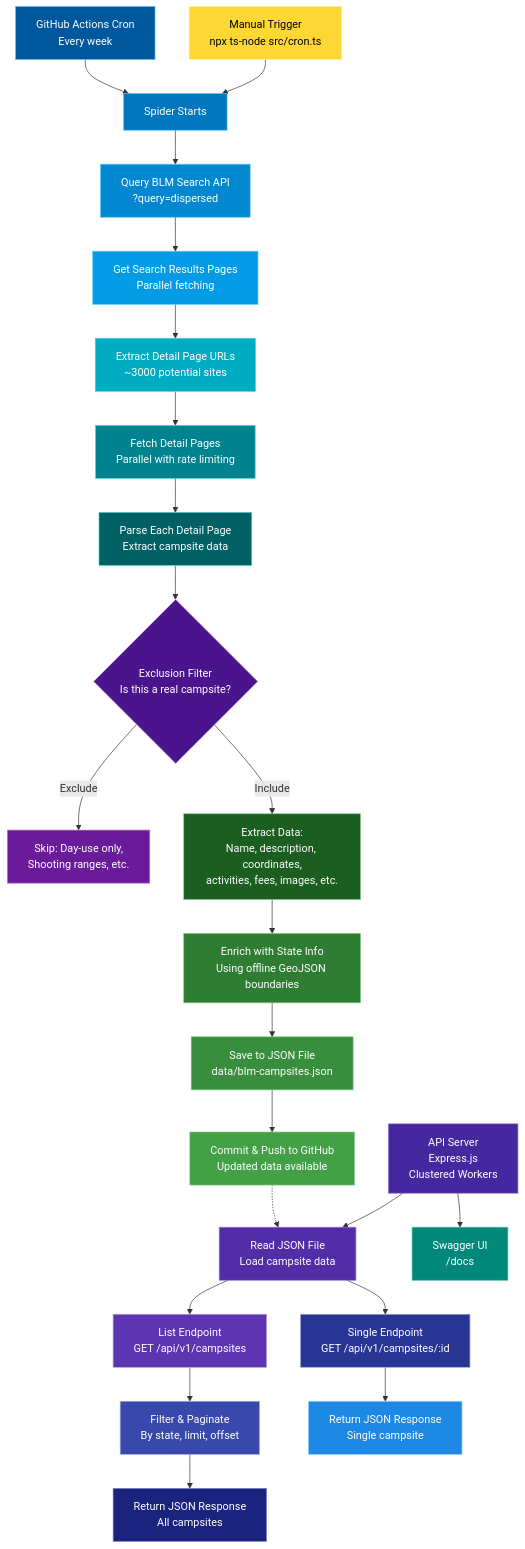
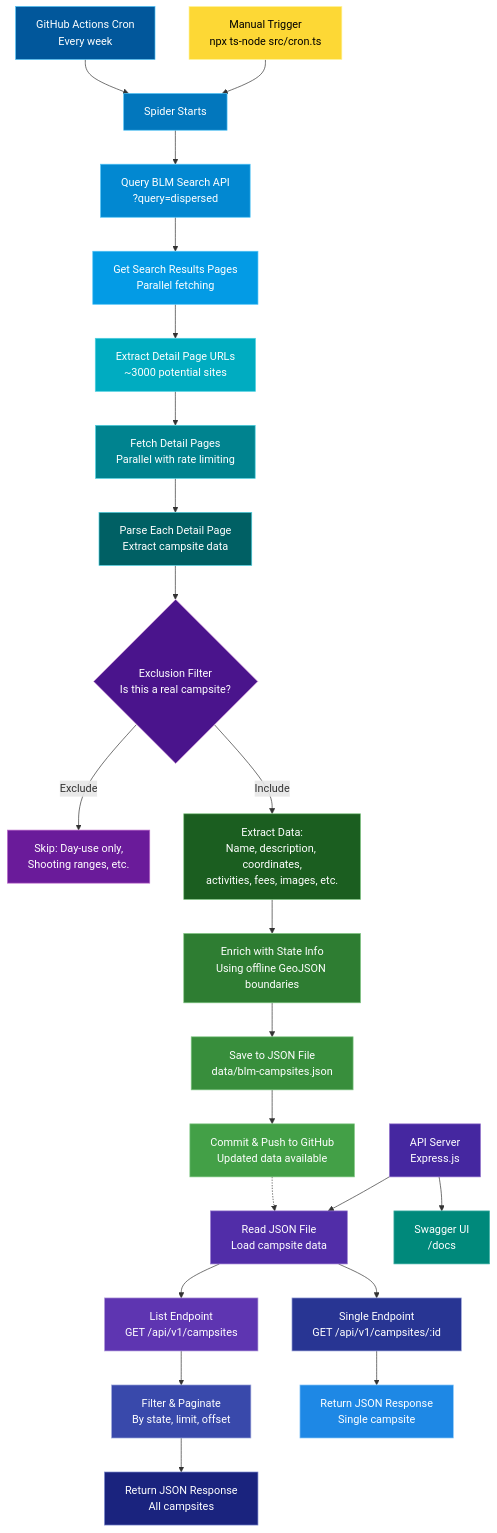
The diagram in README.md (baileydunning/blm-spider), drawn with Mermaid before and after one commit. The commit also changed other lines of this file and 3 other files, not shown here.

````diff
--- a/README.md
+++ b/README.md
@@ -45,52 +41,52 @@
 ```mermaid
 graph TB
     A[GitHub Actions Cron<br/>Every week] --> B[Spider Starts]
     B --> C[Query BLM Search API<br/>?query=dispersed]
     C --> D[Get Search Results Pages<br/>Parallel fetching]
     D --> E[Extract Detail Page URLs<br/>~3000 potential sites]
     E --> F[Fetch Detail Pages<br/>Parallel with rate limiting]
     F --> G[Parse Each Detail Page<br/>Extract campsite data]
     G --> H{Exclusion Filter<br/>Is this a real campsite?}
     H -->|Exclude| I[Skip: Day-use only,<br/>Shooting ranges, etc.]
     H -->|Include| J[Extract Data:<br/>Name, description, coordinates,<br/>activities, fees, images, etc.]
     J --> K[Enrich with State Info<br/>Using offline GeoJSON boundaries]
     K --> L[Save to JSON File<br/>data/blm-campsites.json]
     L --> M[Commit & Push to GitHub<br/>Updated data available]
     
-    N[API Server<br/>Express.js<br/>Clustered Workers] --> O[Read JSON File<br/>Load campsite data]
+    N[API Server<br/>Express.js] --> O[Read JSON File<br/>Load campsite data]
     O --> P[List Endpoint<br/>GET /api/v1/campsites]
     P --> Q[Filter & Paginate<br/>By state, limit, offset]
     Q --> R[Return JSON Response<br/>All campsites]
 
     O --> U[Single Endpoint<br/>GET /api/v1/campsites/:id]
     U --> V[Return JSON Response<br/>Single campsite]
 
     N --> W[Swagger UI<br/>/docs]
     
     S[Manual Trigger<br/>npx ts-node src/cron.ts] --> B
     
     M -.-> O
 
     style A fill:#01579b,stroke:#4fc3f7,color:#ffffff
     style B fill:#0277bd,stroke:#4fc3f7,color:#ffffff
     style C fill:#0288d1,stroke:#4fc3f7,color:#ffffff
     style D fill:#039be5,stroke:#4fc3f7,color:#ffffff
     style E fill:#00acc1,stroke:#4dd0e1,color:#ffffff
     style F fill:#00838f,stroke:#4dd0e1,color:#ffffff
     style G fill:#006064,stroke:#4dd0e1,color:#ffffff
     style H fill:#4a148c,stroke:#ce93d8,color:#ffffff
     style I fill:#6a1b9a,stroke:#ba68c8,color:#ffffff
     style J fill:#1b5e20,stroke:#81c784,color:#ffffff
     style K fill:#2e7d32,stroke:#81c784,color:#ffffff
     style L fill:#388e3c,stroke:#81c784,color:#ffffff
     style M fill:#43a047,stroke:#81c784,color:#ffffff
     style N fill:#4527a0,stroke:#9575cd,color:#ffffff
     style O fill:#512da8,stroke:#9575cd,color:#ffffff
     style P fill:#5e35b1,stroke:#b39ddb,color:#ffffff
     style Q fill:#3949ab,stroke:#9fa8da,color:#ffffff
     style R fill:#1a237e,stroke:#7986cb,color:#ffffff
     style U fill:#283593,stroke:#9fa8da,color:#ffffff
     style V fill:#1e88e5,stroke:#90caf9,color:#ffffff
     style W fill:#00897b,stroke:#4db6ac,color:#ffffff
     style S fill:#fdd835,stroke:#fff59d,color:#000000
 ```
````
